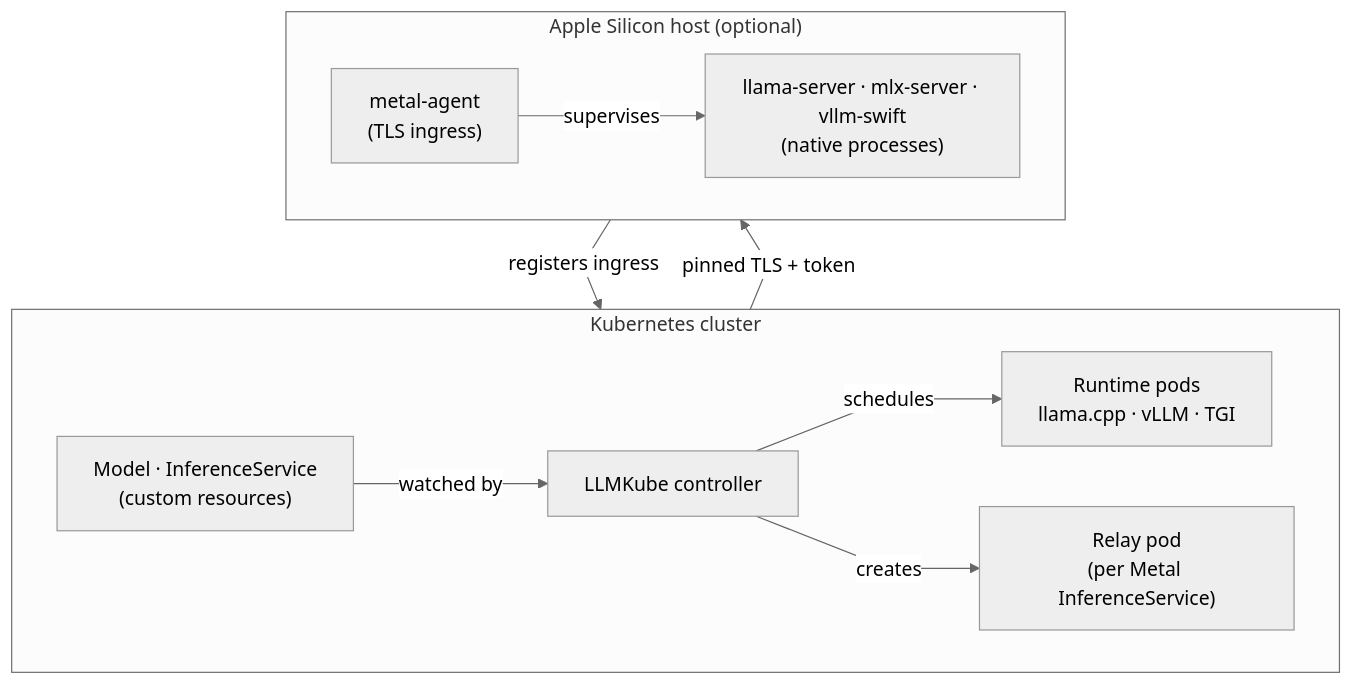
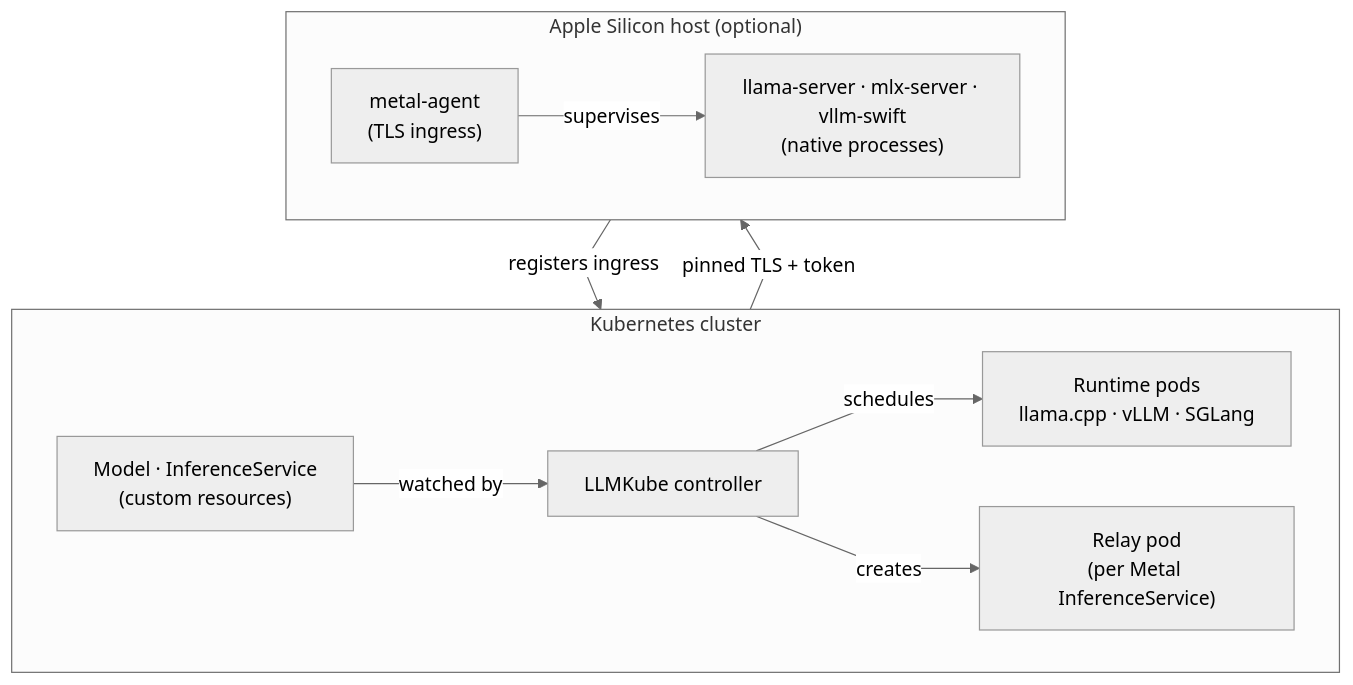
Before and after one commit to zqf20096327/ai_collect: the diagram in data/readmes/defilantech__LLMKube.md, drawn with Mermaid. The commit also changed other lines of this file and 1885 other files, not shown here.

````diff
--- a/data/readmes/defilantech__LLMKube.md
+++ b/data/readmes/defilantech__LLMKube.md
@@ -73,24 +75,24 @@
 ```mermaid
 %%{init: {'theme':'neutral','flowchart':{'curve':'linear'}}}%%
 flowchart TB
     subgraph CLUSTER["Kubernetes cluster"]
         direction LR
         CTRL["LLMKube controller"]
         CRD["Model · InferenceService<br/>(custom resources)"]
-        POD["Runtime pods<br/>llama.cpp · vLLM · TGI"]
+        POD["Runtime pods<br/>llama.cpp · vLLM · SGLang"]
         RELAY["Relay pod<br/>(per Metal InferenceService)"]
         CRD -- watched by --> CTRL
         CTRL -- schedules --> POD
         CTRL -- creates --> RELAY
     end
 
     subgraph HOST["Apple Silicon host (optional)"]
         direction LR
         AGENT["metal-agent<br/>(TLS ingress)"]
         NATIVE["llama-server · mlx-server · vllm-swift<br/>(native processes)"]
         AGENT -- supervises --> NATIVE
     end
 
     AGENT -- "registers ingress" --> CLUSTER
     RELAY -- "pinned TLS + token" --> AGENT
 ```
````
